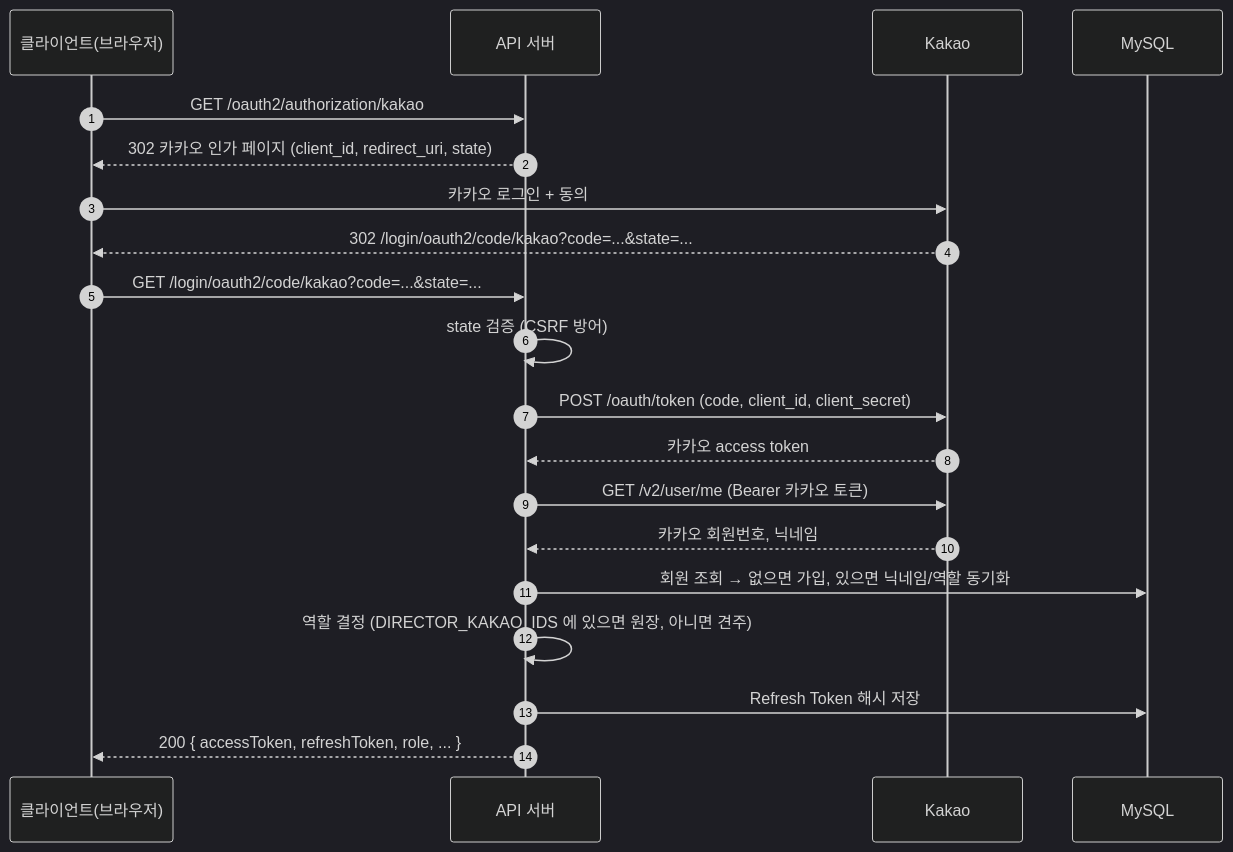
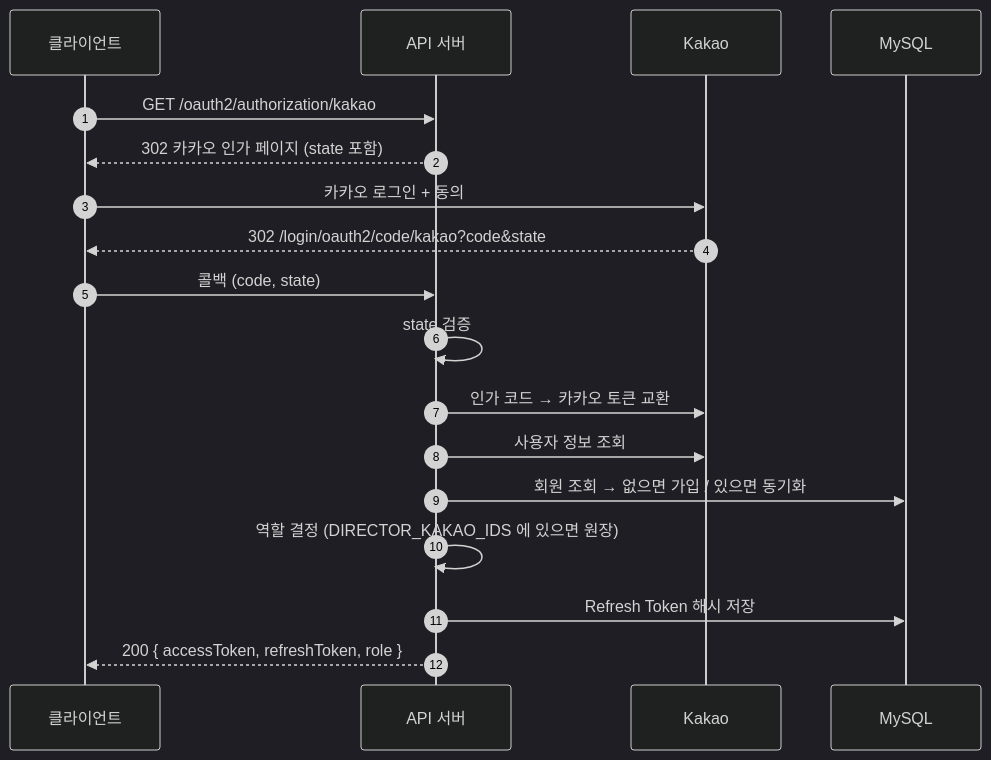
One commit to jeonchaerim/puppy-kindergarten-api changed the first of 2 diagrams in README.md. Above: the diagram before and after it, drawn with Mermaid (dark theme). The commit also changed other lines of this file, not shown here.

````diff
--- a/README.md
+++ b/README.md
@@ -23,23 +23,21 @@
 ```mermaid
 sequenceDiagram
     autonumber
-    participant C as 클라이언트(브라우저)
+    participant C as 클라이언트
     participant S as API 서버
     participant K as Kakao
     participant DB as MySQL
 
     C->>S: GET /oauth2/authorization/kakao
-    S-->>C: 302 카카오 인가 페이지 (client_id, redirect_uri, state)
+    S-->>C: 302 카카오 인가 페이지 (state 포함)
     C->>K: 카카오 로그인 + 동의
-    K-->>C: 302 /login/oauth2/code/kakao?code=...&state=...
-    C->>S: GET /login/oauth2/code/kakao?code=...&state=...
-    S->>S: state 검증 (CSRF 방어)
-    S->>K: POST /oauth/token (code, client_id, client_secret)
-    K-->>S: 카카오 access token
-    S->>K: GET /v2/user/me (Bearer 카카오 토큰)
-    K-->>S: 카카오 회원번호, 닉네임
-    S->>DB: 회원 조회 → 없으면 가입, 있으면 닉네임/역할 동기화
-    S->>S: 역할 결정 (DIRECTOR_KAKAO_IDS 에 있으면 원장, 아니면 견주)
+    K-->>C: 302 /login/oauth2/code/kakao?code&state
+    C->>S: 콜백 (code, state)
+    S->>S: state 검증
+    S->>K: 인가 코드 → 카카오 토큰 교환
+    S->>K: 사용자 정보 조회
+    S->>DB: 회원 조회 → 없으면 가입 / 있으면 동기화
+    S->>S: 역할 결정 (DIRECTOR_KAKAO_IDS 에 있으면 원장)
     S->>DB: Refresh Token 해시 저장
-    S-->>C: 200 { accessToken, refreshToken, role, ... }
+    S-->>C: 200 { accessToken, refreshToken, role }
 ```
````
